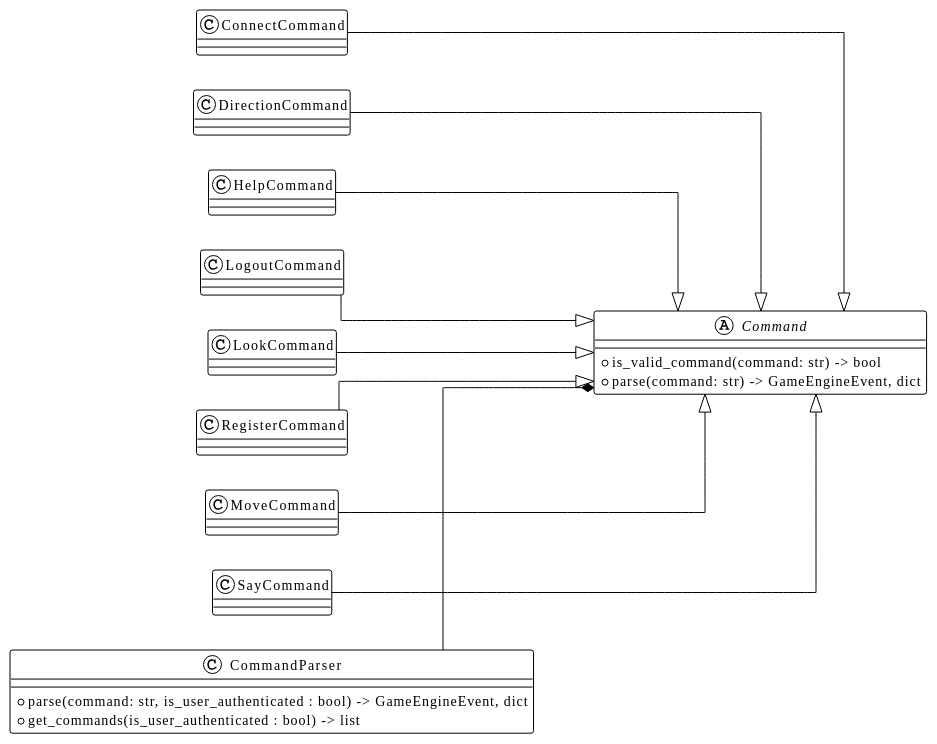
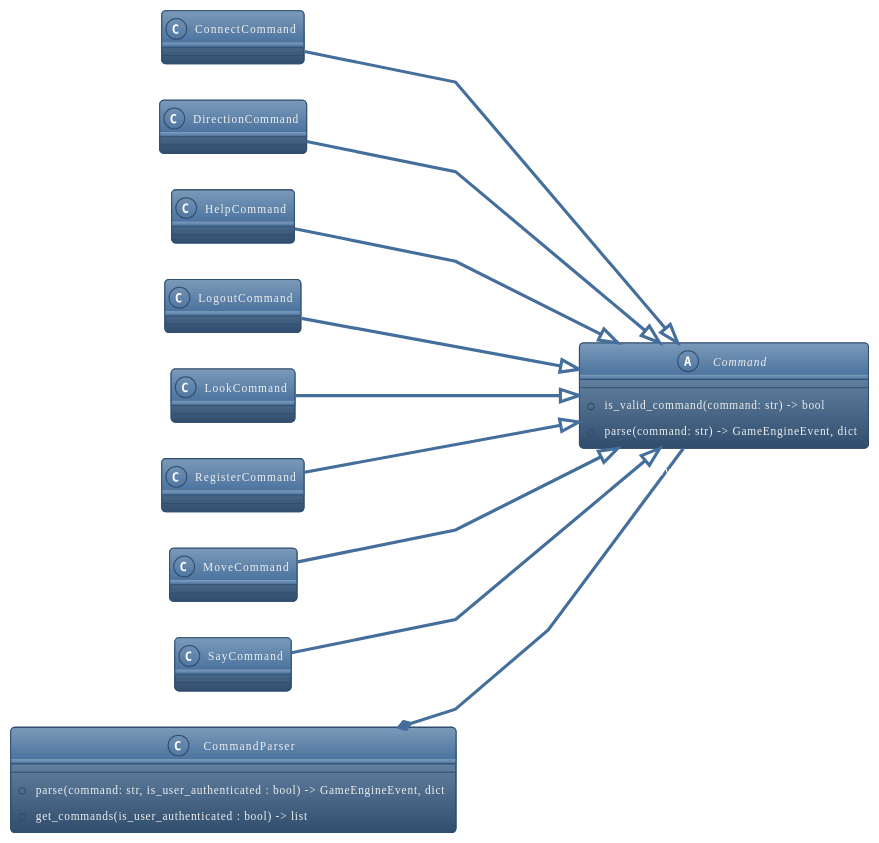
The diagram in docs/Command-handler-design.md (narendahr15/mud-server), drawn with PlantUML before and after one commit. The commit also changed 3 other files, not shown here.

````diff
--- a/docs/Command-handler-design.md
+++ b/docs/Command-handler-design.md
@@ -5,42 +5,42 @@
 ```plantuml
 @startuml
 
-!theme plain
+!theme spacelab
 left to right direction
-skinparam linetype ortho
+skinparam linetype polyline
 
 
 abstract class Command {
    +is_valid_command(command: str) -> bool
    +parse(command: str) -> GameEngineEvent, dict
 }
 
 class ConnectCommand
 class DirectionCommand
 class HelpCommand
 class LogoutCommand
 class LookCommand
 class RegisterCommand
 class MoveCommand
 class SayCommand
 
 ConnectCommand --|> Command
 DirectionCommand --|> Command
 HelpCommand --|> Command
 LogoutCommand --|> Command
 LookCommand --|> Command
 RegisterCommand --|> Command
 SayCommand --|> Command
 MoveCommand --|> Command
 
 class CommandParser {
    +parse(command: str, is_user_authenticated : bool) -> GameEngineEvent, dict
    +get_commands(is_user_authenticated : bool) -> list
 }
 
-CommandParser --* Command
+CommandParser "1" *-- "many" Command : contains
 @enduml
 
 
 @enduml
 ```
````
